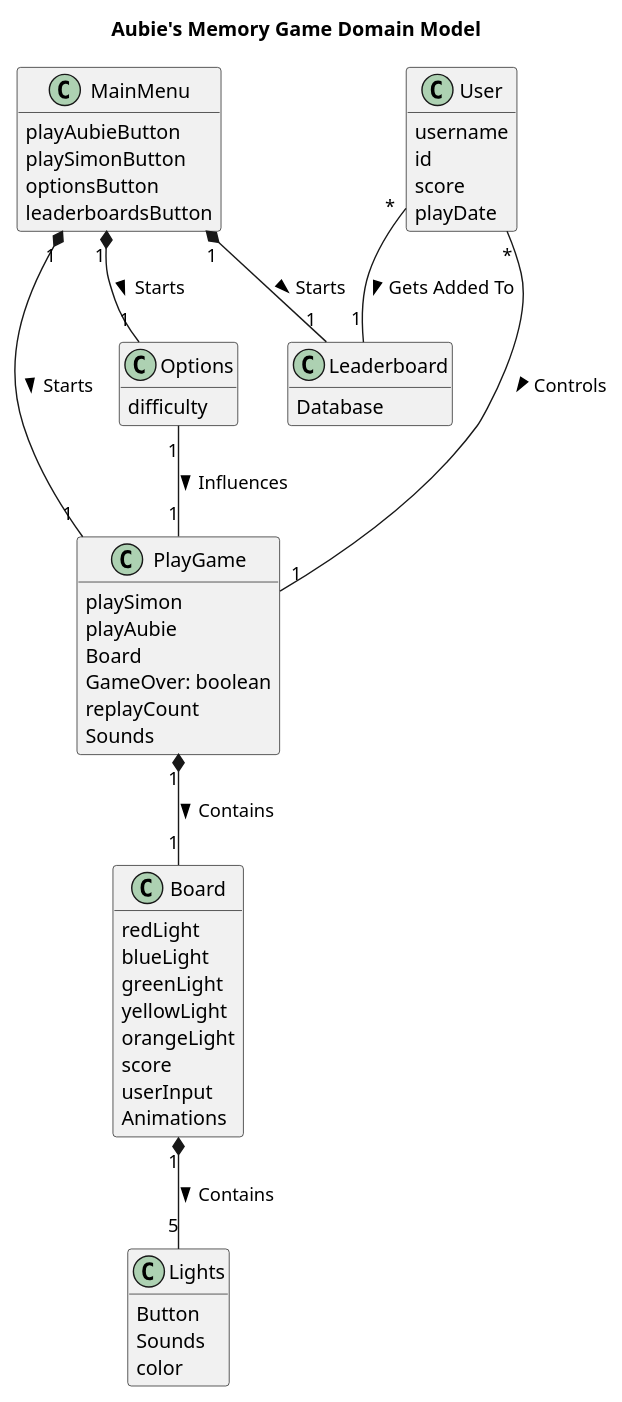
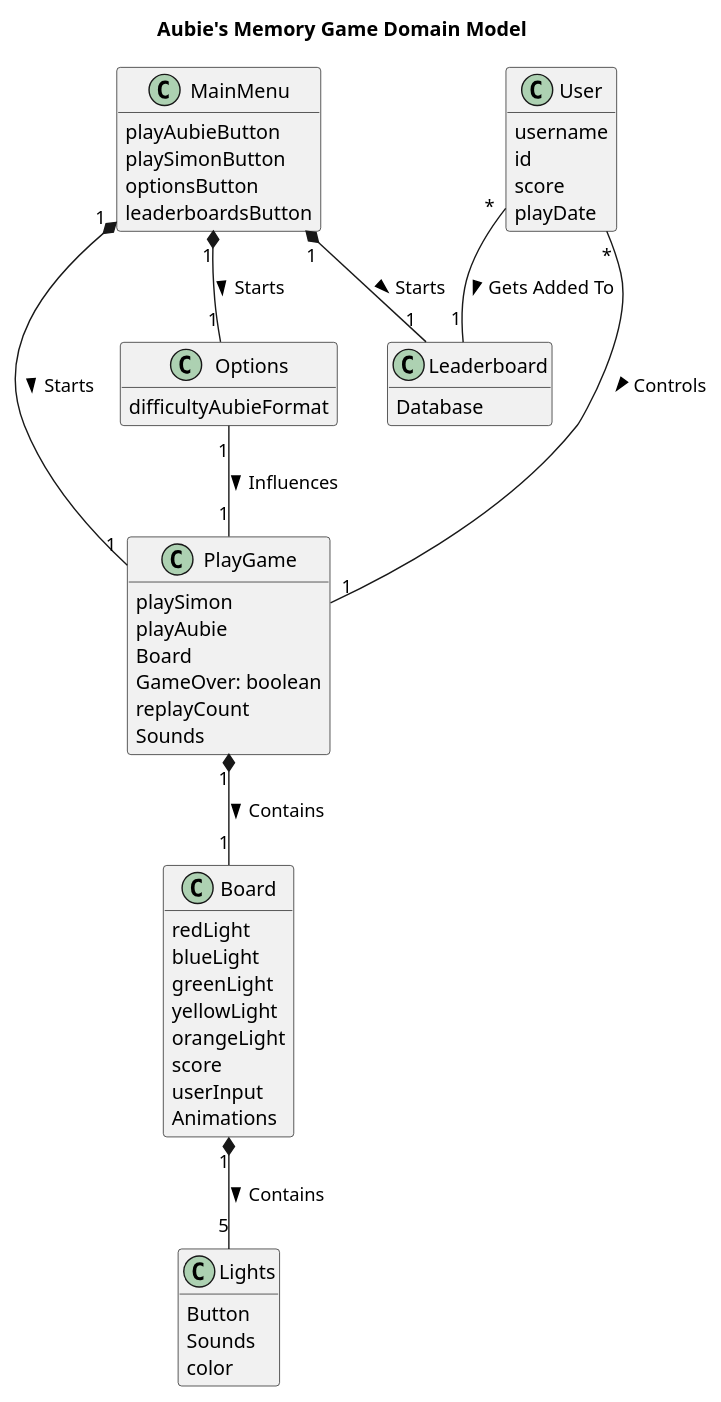
The diagram in app/UML/DM.puml (zedtran/AubieMemoryGame), drawn with PlantUML before and after one commit. The commit also changed 4 other files, not shown here.

```diff
--- a/app/UML/DM.puml
+++ b/app/UML/DM.puml
@@ -1,64 +1,64 @@
 @startuml
 
 title Aubie's Memory Game Domain Model
 
 class PlayGame {
     playSimon
     playAubie
     Board
     GameOver: boolean
     replayCount
     Sounds
 }
 
 class Options {
-    difficulty
+    difficultyAubieFormat
 }
 
 class Board {
     redLight
     blueLight
     greenLight
     yellowLight
     orangeLight
     score
     userInput
     Animations
 }
 
 
 class Leaderboard {
     Database
 }
 
 class Lights {
     Button
     Sounds
     color
 }
 
 class MainMenu {
     playAubieButton
     playSimonButton
     optionsButton
     leaderboardsButton
 }
 
 Class User {
     username
     id
     score
     playDate
 }
 
 MainMenu "1" *-- "1" PlayGame : Starts >
 MainMenu "1" *-- "1" Leaderboard : Starts >
 MainMenu "1" *-- "1" Options : Starts >
 Options "1" -- "1" PlayGame : Influences >
 User "*" -- "1" PlayGame : Controls >
 User "*" -- "1" Leaderboard : Gets Added To >
 PlayGame "1" *-- "1" Board : Contains >
 Board "1" *-- "5" Lights : Contains >
 
 hide methods
 @enduml
```
